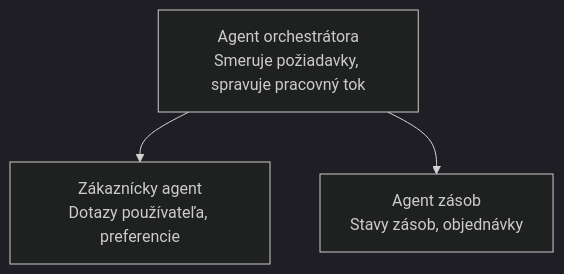
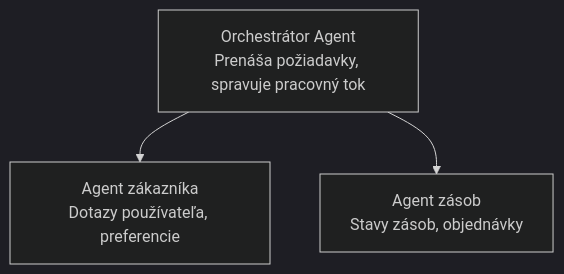
Before and after one commit to microsoft/AZD-for-beginners: the diagram in translations/sk/docs/chapter-05-multi-agent/README.md, drawn with Mermaid (dark theme). The commit also changed other lines of this file and 101 other files, not shown here.

````diff
--- a/translations/sk/docs/chapter-05-multi-agent/README.md
+++ b/translations/sk/docs/chapter-05-multi-agent/README.md
@@ -50,5 +52,5 @@
 ```mermaid
 graph TD
-    Orchestrator[Agent orchestrátora<br/>Smeruje požiadavky, spravuje pracovný tok] --> Customer[Zákaznícky agent<br/>Dotazy používateľa, preferencie]
+    Orchestrator[Orchestrátor Agent<br/>Prenáša požiadavky, spravuje pracovný tok] --> Customer[Agent zákazníka<br/>Dotazy používateľa, preferencie]
     Orchestrator --> Inventory[Agent zásob<br/>Stavy zásob, objednávky]
 ```
````
